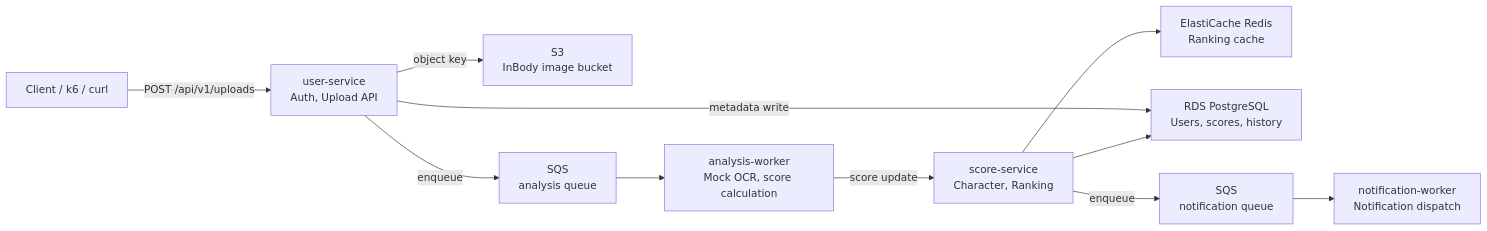
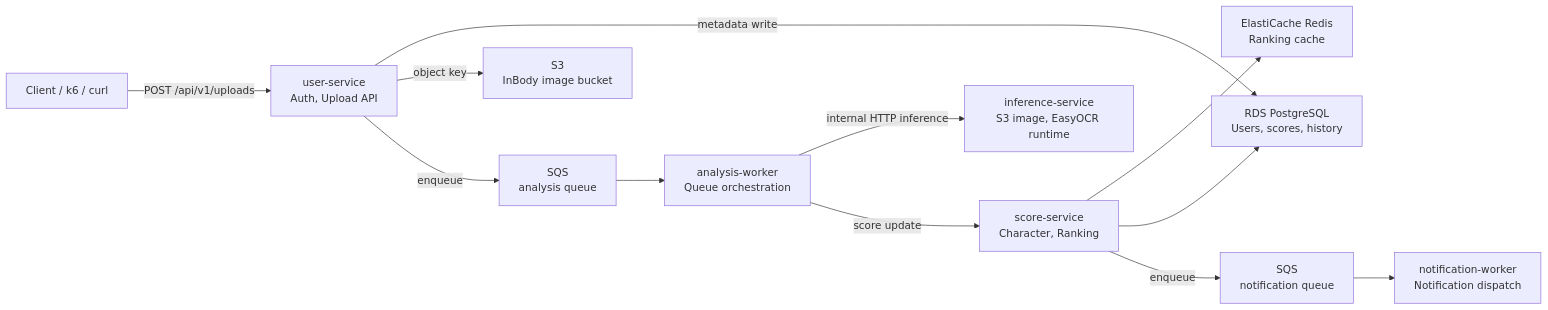
One commit to dongjune8931/bdbd changed the first of 3 diagrams in bodybuddy-app/docs/architecture.md. Above: the diagram before and after it, drawn with Mermaid. The commit also changed other lines of this file and 54 other files, not shown here.

Commit message:
feat: add cost-aware GPU OCR inference pipeline

````diff
--- a/bodybuddy-app/docs/architecture.md
+++ b/bodybuddy-app/docs/architecture.md
@@ -9,24 +9,26 @@
 ```mermaid
 flowchart LR
     client["Client / k6 / curl"]
     user["user-service\nAuth, Upload API"]
     s3["S3\nInBody image bucket"]
     aq["SQS\nanalysis queue"]
-    analysis["analysis-worker\nMock OCR, score calculation"]
+    analysis["analysis-worker\nQueue orchestration"]
+    inference["inference-service\nS3 image, EasyOCR runtime"]
     score["score-service\nCharacter, Ranking"]
     redis["ElastiCache Redis\nRanking cache"]
     rds["RDS PostgreSQL\nUsers, scores, history"]
     nq["SQS\nnotification queue"]
     notification["notification-worker\nNotification dispatch"]
 
     client -->|"POST /api/v1/uploads"| user
     user -->|"metadata write"| rds
     user -->|"object key"| s3
     user -->|"enqueue"| aq
     aq --> analysis
+    analysis -->|"internal HTTP inference"| inference
     analysis -->|"score update"| score
     score --> redis
     score --> rds
     score -->|"enqueue"| nq
     nq --> notification
 ```
````
